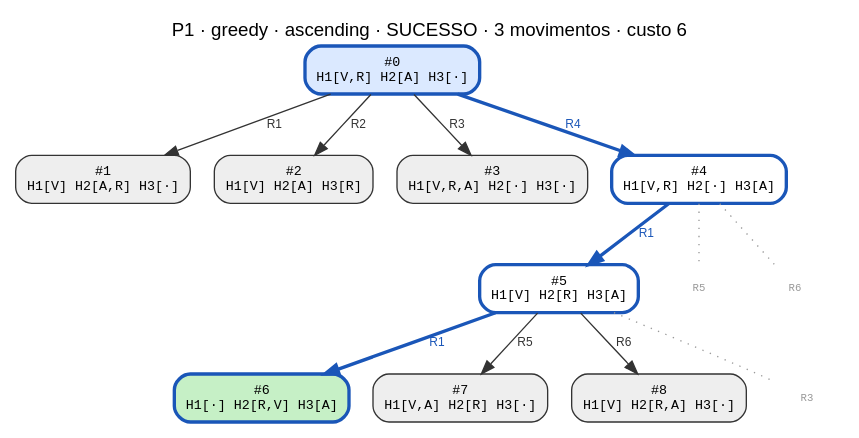
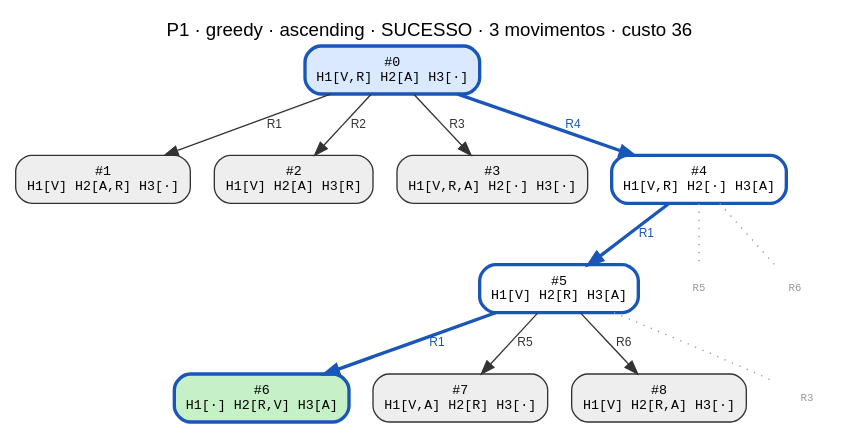
The diagram in data/P1/greedy_ascending.dot (CharlesLB/dcc-014-trabalho-1), drawn with Graphviz before and after one commit. The commit also changed 17 other files, not shown here.

Commit message:
Regenerate the search-tree graphs with the ten-per-move cost

```diff
--- a/data/P1/greedy_ascending.dot
+++ b/data/P1/greedy_ascending.dot
@@ -1,28 +1,28 @@
 digraph search {
-  label="P1 · greedy · ascending · SUCESSO · 3 movimentos · custo 6"; labelloc=t; fontname="Helvetica";
+  label="P1 · greedy · ascending · SUCESSO · 3 movimentos · custo 36"; labelloc=t; fontname="Helvetica";
   node [shape=box, style="rounded,filled", fontname="monospace", fontsize=10];
   edge [fontname="Helvetica", fontsize=9];
   n0 [label="#0\nH1[V,R] H2[A] H3[·]", fillcolor="#dbe9ff", color="#1a56b8", penwidth=2.5];
   n1 [label="#1\nH1[V] H2[A,R] H3[·]", fillcolor="#eeeeee", color="#333333", penwidth=1];
   n0 -> n1 [label="R1", color="#333333", fontcolor="#333333", penwidth=1];
   n2 [label="#2\nH1[V] H2[A] H3[R]", fillcolor="#eeeeee", color="#333333", penwidth=1];
   n0 -> n2 [label="R2", color="#333333", fontcolor="#333333", penwidth=1];
   n3 [label="#3\nH1[V,R,A] H2[·] H3[·]", fillcolor="#eeeeee", color="#333333", penwidth=1];
   n0 -> n3 [label="R3", color="#333333", fontcolor="#333333", penwidth=1];
   n4 [label="#4\nH1[V,R] H2[·] H3[A]", fillcolor="#ffffff", color="#1a56b8", penwidth=2.5];
   n0 -> n4 [label="R4", color="#1a56b8", fontcolor="#1a56b8", penwidth=2.5];
   n5 [label="#5\nH1[V] H2[R] H3[A]", fillcolor="#ffffff", color="#1a56b8", penwidth=2.5];
   n4 -> n5 [label="R1", color="#1a56b8", fontcolor="#1a56b8", penwidth=2.5];
   n6 [label="#6\nH1[·] H2[R,V] H3[A]", fillcolor="#c6f0c6", color="#1a56b8", penwidth=2.5];
   n5 -> n6 [label="R1", color="#1a56b8", fontcolor="#1a56b8", penwidth=2.5];
   n7 [label="#7\nH1[V,A] H2[R] H3[·]", fillcolor="#eeeeee", color="#333333", penwidth=1];
   n5 -> n7 [label="R5", color="#333333", fontcolor="#333333", penwidth=1];
   n8 [label="#8\nH1[V] H2[R,A] H3[·]", fillcolor="#eeeeee", color="#333333", penwidth=1];
   n5 -> n8 [label="R6", color="#333333", fontcolor="#333333", penwidth=1];
   p4_R5 [label="R5", shape=plaintext, style=solid, fontcolor="#999999", fontsize=8];
   n4 -> p4_R5 [style=dotted, color="#999999", arrowhead=none];
   p4_R6 [label="R6", shape=plaintext, style=solid, fontcolor="#999999", fontsize=8];
   n4 -> p4_R6 [style=dotted, color="#999999", arrowhead=none];
   p5_R3 [label="R3", shape=plaintext, style=solid, fontcolor="#999999", fontsize=8];
   n5 -> p5_R3 [style=dotted, color="#999999", arrowhead=none];
 }
```
